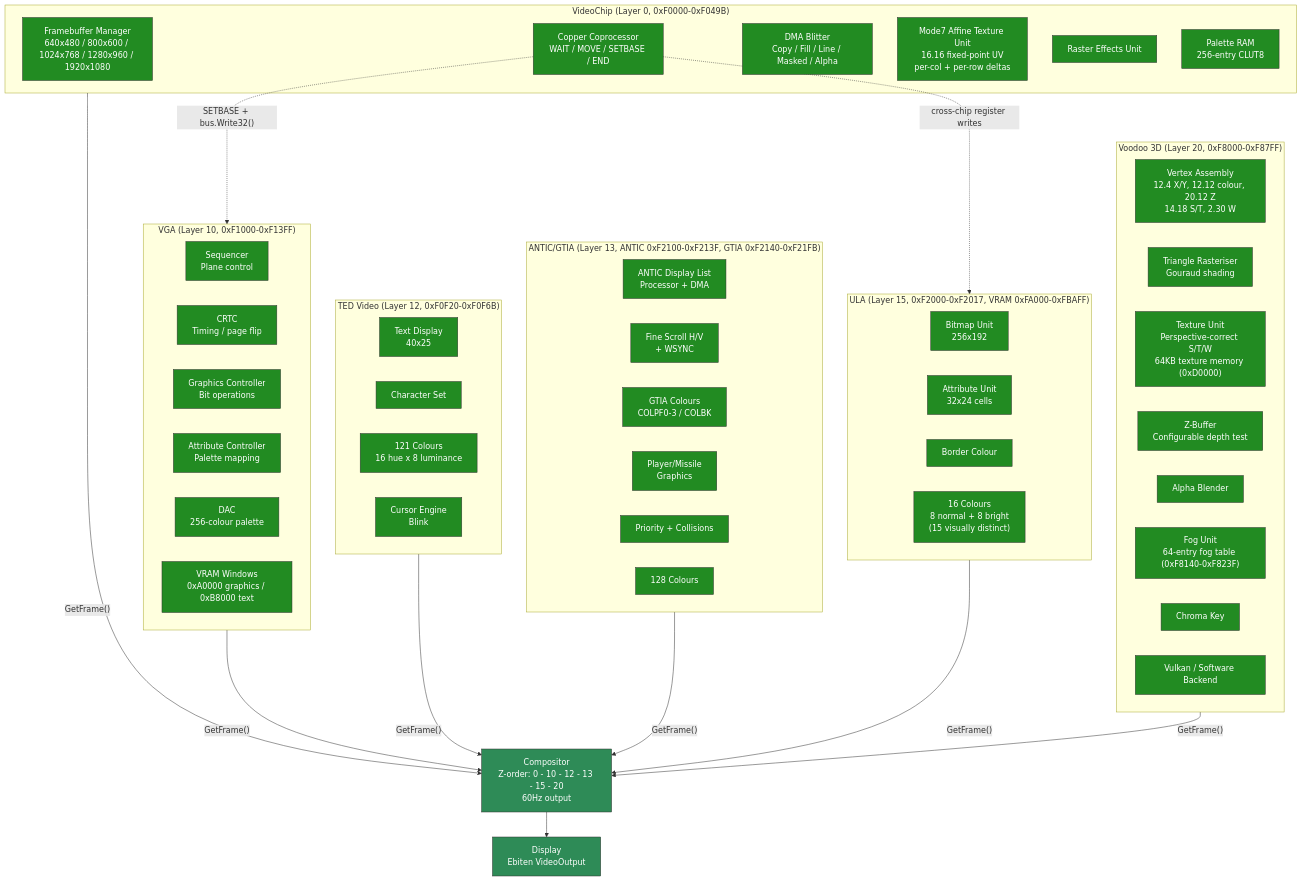
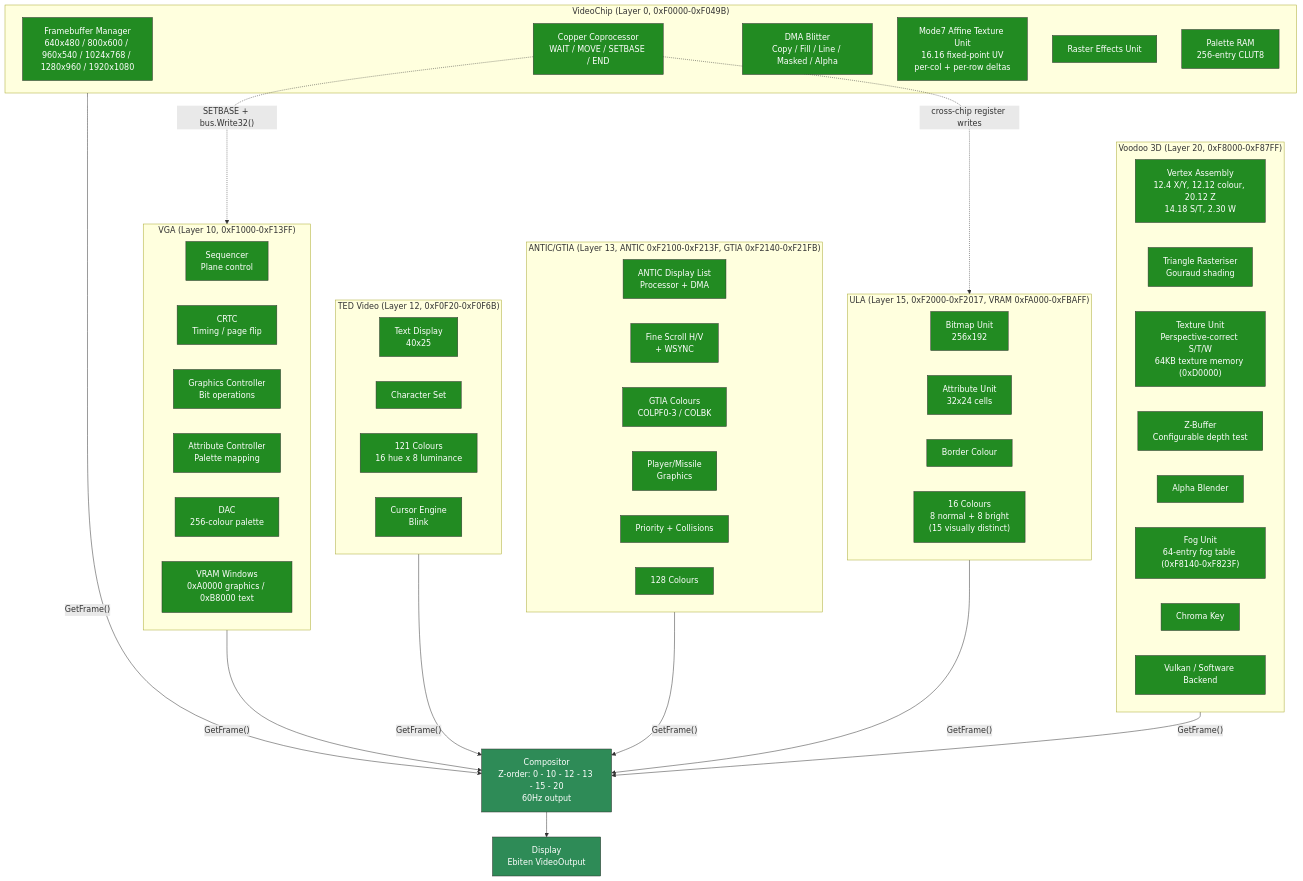
Before and after one commit to IntuitionAmiga/IntuitionEngine: the sixth of 12 diagrams in sdk/docs/architecture.md, drawn with Mermaid. The commit also changed other lines of this file and 41 other files, not shown here.

````diff
--- a/sdk/docs/architecture.md
+++ b/sdk/docs/architecture.md
@@ -637,78 +637,78 @@
 ```mermaid
 graph TB
     subgraph VCS["VideoChip (Layer 0, 0xF0000-0xF049B)"]
-        VC_FB["Framebuffer Manager<br/>640x480 / 800x600 / 1024x768 / 1280x960 / 1920x1080"]
+        VC_FB["Framebuffer Manager<br/>640x480 / 800x600 / 960x540 / 1024x768 / 1280x960 / 1920x1080"]
         VC_COP["Copper Coprocessor<br/>WAIT / MOVE / SETBASE / END"]
         VC_BLT["DMA Blitter<br/>Copy / Fill / Line / Masked / Alpha"]
         VC_M7["Mode7 Affine Texture Unit<br/>16.16 fixed-point UV<br/>per-col + per-row deltas"]
         VC_RST["Raster Effects Unit"]
         VC_PAL["Palette RAM<br/>256-entry CLUT8"]
     end
 
     subgraph VGAS["VGA (Layer 10, 0xF1000-0xF13FF)"]
         VGA_SEQ["Sequencer<br/>Plane control"]
         VGA_CRTC["CRTC<br/>Timing / page flip"]
         VGA_GC["Graphics Controller<br/>Bit operations"]
         VGA_AC["Attribute Controller<br/>Palette mapping"]
         VGA_DAC["DAC<br/>256-colour palette"]
         VGA_VRAM["VRAM Windows<br/>0xA0000 graphics / 0xB8000 text"]
     end
 
     subgraph TEDS["TED Video (Layer 12, 0xF0F20-0xF0F6B)"]
         TED_TXT["Text Display<br/>40x25"]
         TED_CHR["Character Set"]
         TED_COL["121 Colours<br/>16 hue x 8 luminance"]
         TED_CUR["Cursor Engine<br/>Blink"]
     end
 
     subgraph ANTICS["ANTIC/GTIA (Layer 13, ANTIC 0xF2100-0xF213F, GTIA 0xF2140-0xF21FB)"]
         ANT_DLP["ANTIC Display List<br/>Processor + DMA"]
         ANT_SCR["Fine Scroll H/V<br/>+ WSYNC"]
         GTIA_C["GTIA Colours<br/>COLPF0-3 / COLBK"]
         GTIA_PM["Player/Missile<br/>Graphics"]
         GTIA_PR["Priority + Collisions"]
         ANT_COL["128 Colours"]
     end
 
     subgraph ULAS["ULA (Layer 15, 0xF2000-0xF2017, VRAM 0xFA000-0xFBAFF)"]
         ULA_BMP["Bitmap Unit<br/>256x192"]
         ULA_ATR["Attribute Unit<br/>32x24 cells"]
         ULA_BDR["Border Colour"]
         ULA_COL["16 Colours<br/>8 normal + 8 bright<br/>(15 visually distinct)"]
     end
 
     subgraph VOOS["Voodoo 3D (Layer 20, 0xF8000-0xF87FF)"]
         VOO_VTX["Vertex Assembly<br/>12.4 X/Y, 12.12 colour, 20.12 Z<br/>14.18 S/T, 2.30 W"]
         VOO_TRI["Triangle Rasteriser<br/>Gouraud shading"]
         VOO_TEX["Texture Unit<br/>Perspective-correct S/T/W<br/>64KB texture memory (0xD0000)"]
         VOO_ZB["Z-Buffer<br/>Configurable depth test"]
         VOO_AB["Alpha Blender"]
         VOO_FOG["Fog Unit<br/>64-entry fog table (0xF8140-0xF823F)"]
         VOO_CK["Chroma Key"]
         VOO_BE["Vulkan / Software Backend"]
     end
 
     COMPS["Compositor<br/>Z-order: 0 - 10 - 12 - 13 - 15 - 20<br/>60Hz output"]
     DISPLAY["Display<br/>Ebiten VideoOutput"]
 
     VCS -->|"GetFrame()"| COMPS
     VGAS -->|"GetFrame()"| COMPS
     TEDS -->|"GetFrame()"| COMPS
     ANTICS -->|"GetFrame()"| COMPS
     ULAS -->|"GetFrame()"| COMPS
     VOOS -->|"GetFrame()"| COMPS
     COMPS --> DISPLAY
 
     VC_COP -.->|"SETBASE + bus.Write32()"| VGAS
     VC_COP -.->|"cross-chip register writes"| ULAS
 
     classDef video fill:#228B22,stroke:#333,color:#fff
     classDef comp fill:#2E8B57,stroke:#333,color:#fff
     class VC_FB,VC_COP,VC_BLT,VC_M7,VC_RST,VC_PAL video
     class VGA_SEQ,VGA_CRTC,VGA_GC,VGA_AC,VGA_DAC,VGA_VRAM video
     class TED_TXT,TED_CHR,TED_COL,TED_CUR video
     class ANT_DLP,ANT_SCR,GTIA_C,GTIA_PM,GTIA_PR,ANT_COL video
     class ULA_BMP,ULA_ATR,ULA_BDR,ULA_COL video
     class VOO_VTX,VOO_TRI,VOO_TEX,VOO_ZB,VOO_AB,VOO_FOG,VOO_CK,VOO_BE video
     class COMPS,DISPLAY comp
 ```
````
